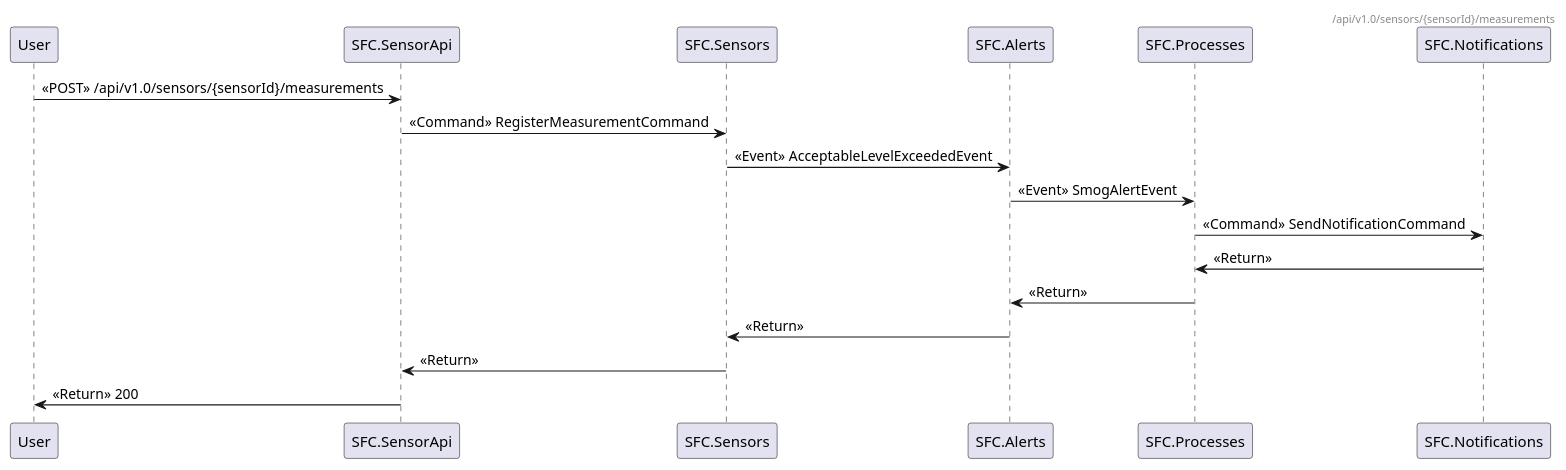
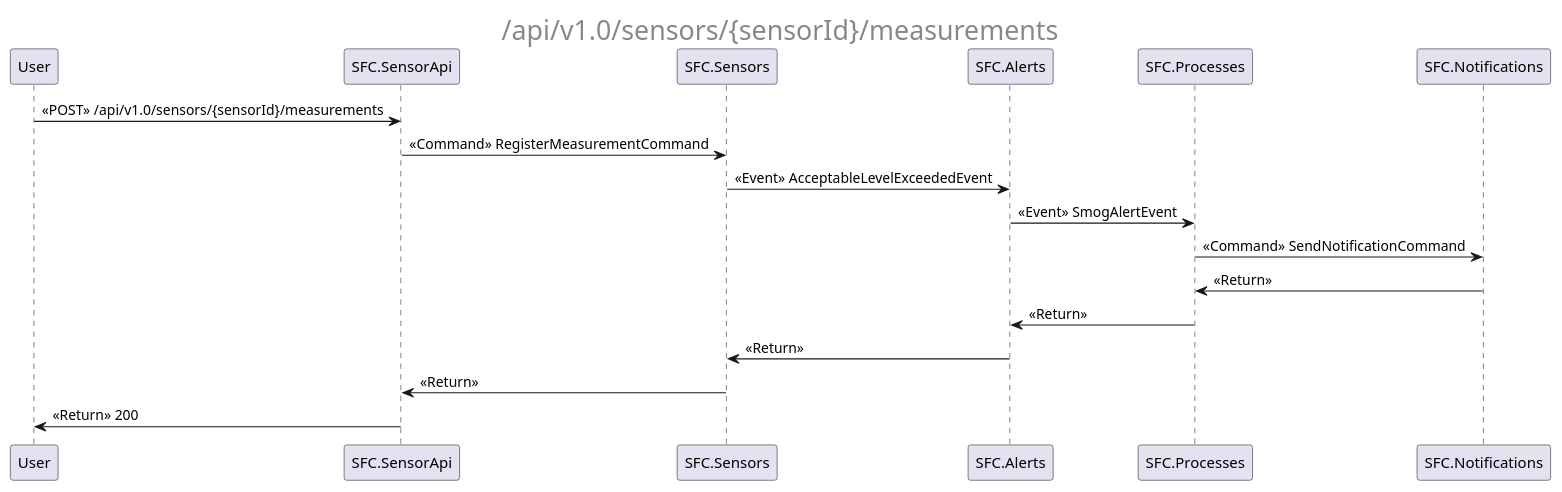
Before and after one commit to mr0zek/SmogFightClub: the diagram in docs/ArchitectureDocumentation/_api_v1.0_sensors_{sensorId}_measurements.puml, drawn with PlantUML. The commit also changed 9 other files, not shown here.

```diff
--- a/docs/ArchitectureDocumentation/_api_v1.0_sensors_{sensorId}_measurements.puml
+++ b/docs/ArchitectureDocumentation/_api_v1.0_sensors_{sensorId}_measurements.puml
@@ -1,13 +1,13 @@
 @startuml
-header /api/v1.0/sensors/{sensorId}/measurements
+center header <font size=25>/api/v1.0/sensors/{sensorId}/measurements</font>
 User -> SFC.SensorApi : <<POST>> /api/v1.0/sensors/{sensorId}/measurements
 SFC.SensorApi -> SFC.Sensors : <<Command>> RegisterMeasurementCommand
 SFC.Sensors -> SFC.Alerts : <<Event>> AcceptableLevelExceededEvent
 SFC.Alerts -> SFC.Processes : <<Event>> SmogAlertEvent
 SFC.Processes -> SFC.Notifications : <<Command>> SendNotificationCommand
 SFC.Notifications -> SFC.Processes : <<Return>> 
 SFC.Processes -> SFC.Alerts : <<Return>> 
 SFC.Alerts -> SFC.Sensors : <<Return>> 
 SFC.Sensors -> SFC.SensorApi : <<Return>> 
 SFC.SensorApi -> User: <<Return>> 200
 @enduml
```
